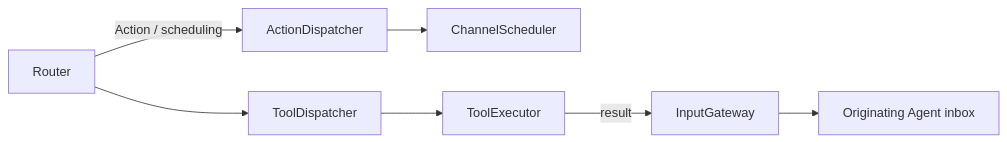
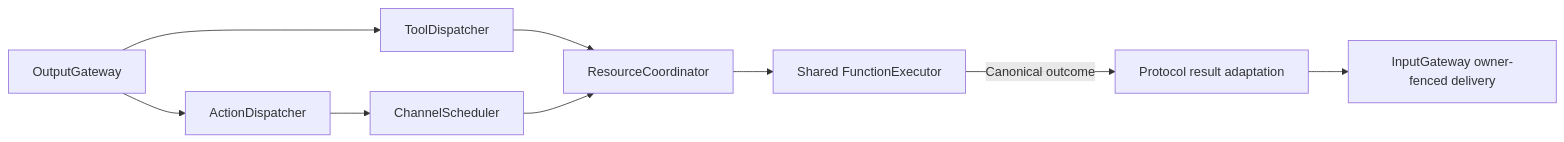
Before and after one commit to devilyouwei/MobileHarness: the diagram in MobileHarness/Gateway/Output/Dispatch/README.md, drawn with Mermaid. The commit also changed other lines of this file and 116 other files, not shown here.

````diff
--- a/MobileHarness/Gateway/Output/Dispatch/README.md
+++ b/MobileHarness/Gateway/Output/Dispatch/README.md
@@ -17,6 +15,11 @@
 ```mermaid
 flowchart LR
-    Router -->|Action / scheduling| ActionDispatcher --> ChannelScheduler
-    Router --> ToolDispatcher --> ToolExecutor
-    ToolExecutor -->|result| InputGateway --> Agent[Originating Agent inbox]
+ OutputGateway --> Action[ActionDispatcher]
+ OutputGateway --> Tool[ToolDispatcher]
+ Action --> Scheduler[ChannelScheduler]
+ Tool --> Resources[ResourceCoordinator]
+ Scheduler --> Resources
+ Resources --> Executor[Shared FunctionExecutor]
+ Executor -->|Canonical outcome| Feedback[Protocol result adaptation]
+ Feedback --> Input[InputGateway owner-fenced delivery]
 ```
````
